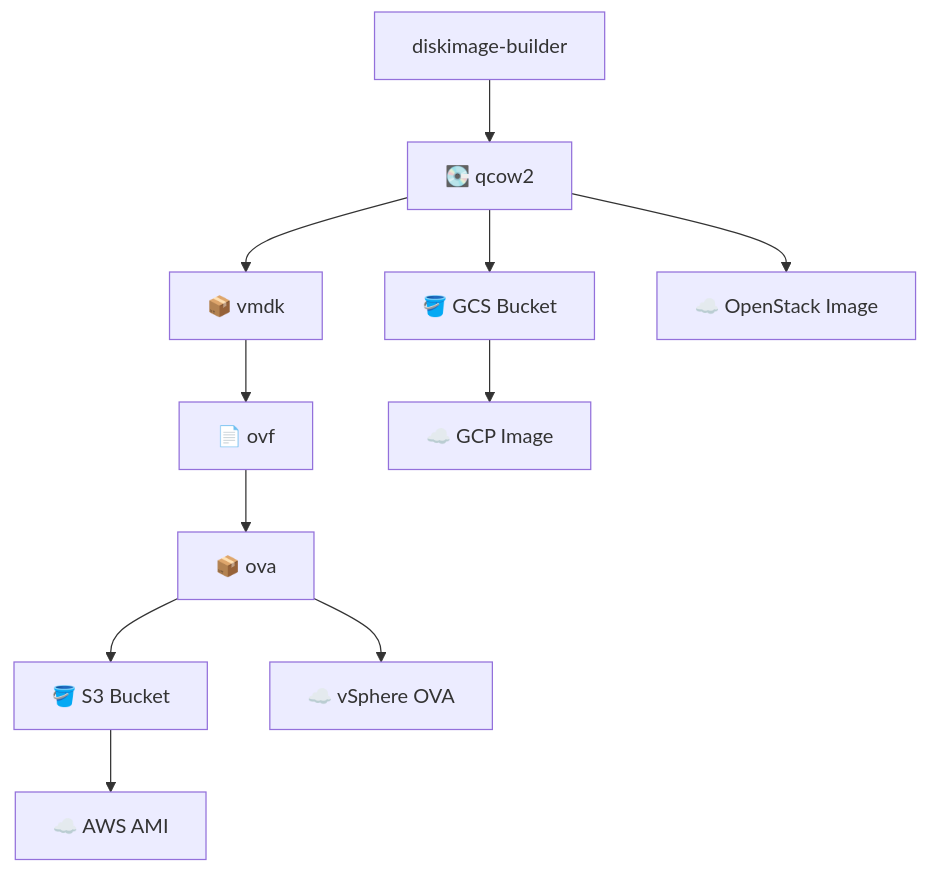
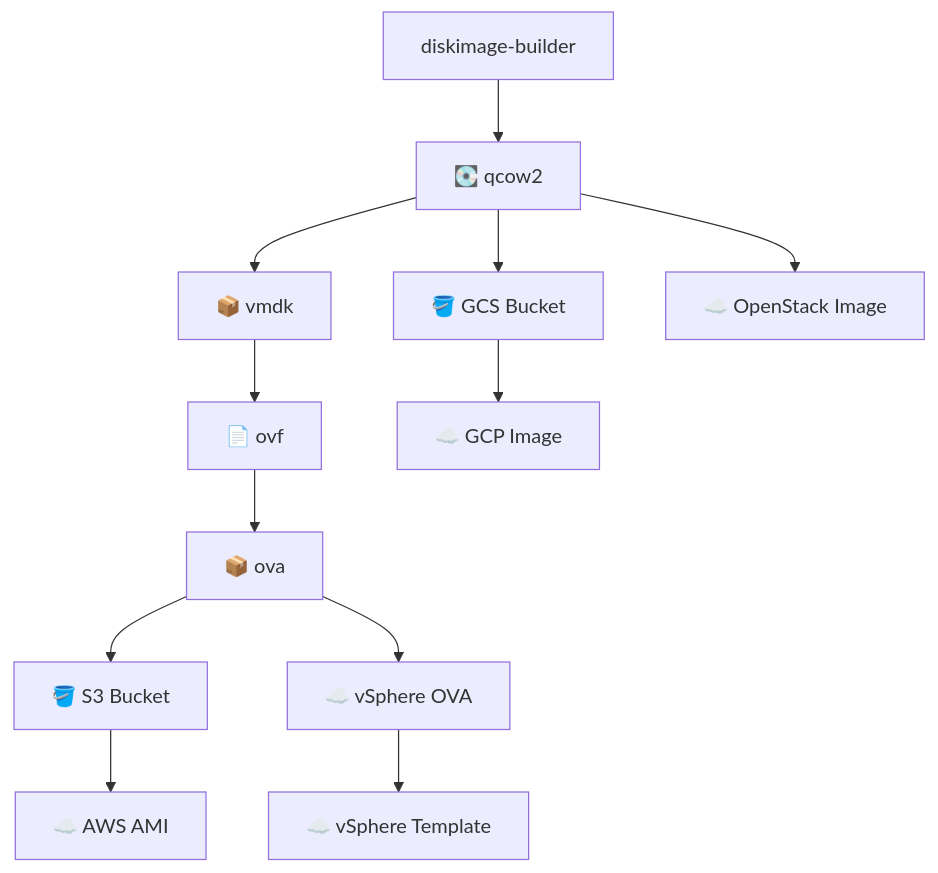
One commit to jjbailey/dib7 changed the diagram in README.md. Above: the diagram before and after it, drawn with Mermaid. The commit also changed other lines of this file and 34 other files, not shown here.

````diff
--- a/README.md
+++ b/README.md
@@ -19,13 +19,14 @@
 ```mermaid
 flowchart TB
     DIB["diskimage-builder"] --> QCOW2["💽 qcow2"]
     QCOW2 --> VMDK["📦 vmdk"]
     VMDK --> OVF["📄 ovf"]
     OVF --> OVA["📦 ova"]
     QCOW2 --> GCS["🪣 GCS Bucket"]
     GCS --> GCP_IMG["☁️ GCP Image"]
     QCOW2 --> OPENSTACK_IMG["☁️ OpenStack Image"]
     OVA --> S3["🪣 S3 Bucket"]
     S3 --> AWS_IMG["☁️ AWS AMI"]
     OVA --> VSPHERE_IMG["☁️ vSphere OVA"]
+    VSPHERE_IMG --> VSPHERE_TPL["☁️ vSphere Template"]
 ```
````
